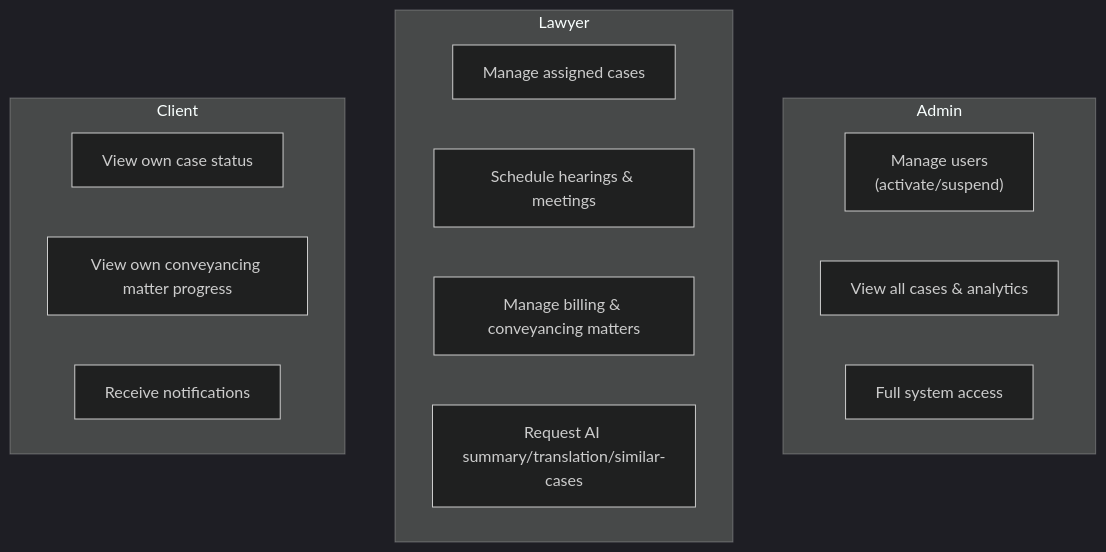
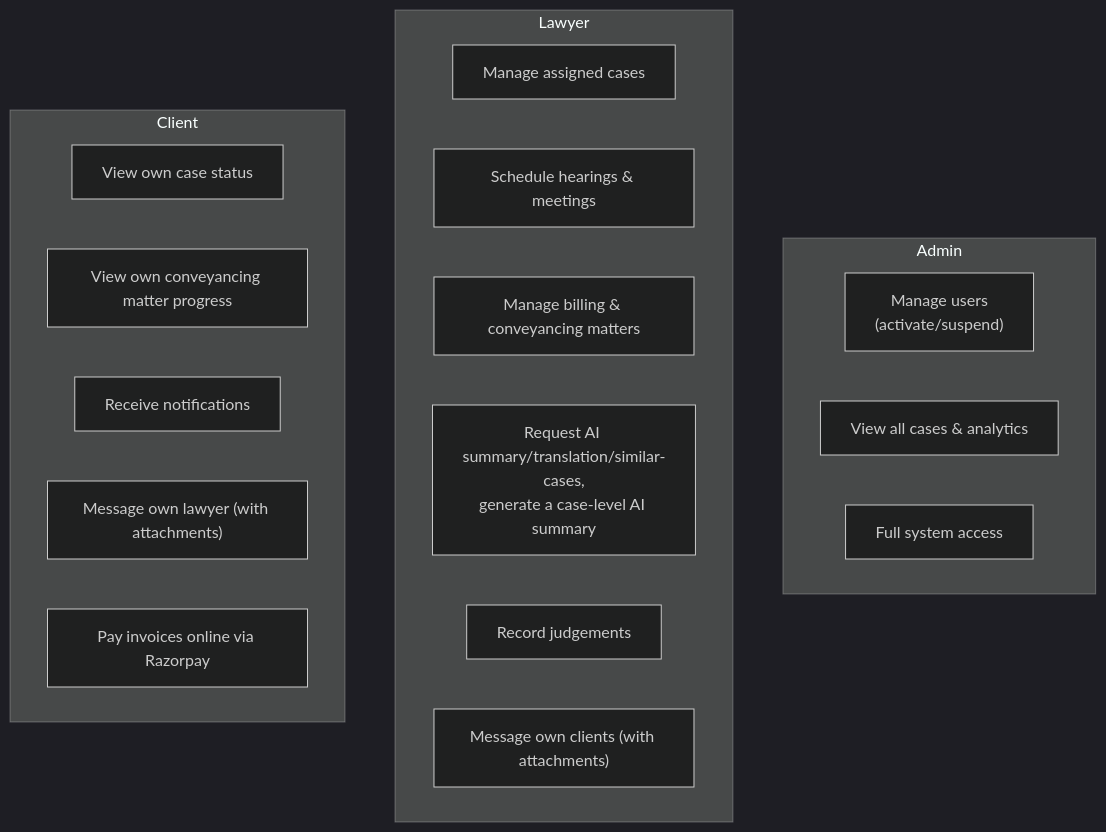
The third of 5 diagrams in docs/HLD.md (eyeofshreyas/BE-Project), drawn with Mermaid (dark theme) before and after one commit. The commit also changed other lines of this file and 3 other files, not shown here.

First line of the commit message:
docs: bring HLD/LLD/architecture docs up to date with messaging, Razorpay, case AI summary

````diff
--- a/docs/HLD.md
+++ b/docs/HLD.md
@@ -71,21 +81,25 @@
 ```mermaid
 graph TD
     subgraph AdminCap["Admin"]
         A1["Manage users\n(activate/suspend)"]
         A2["View all cases & analytics"]
         A3["Full system access"]
     end
 
     subgraph LawyerCap["Lawyer"]
         L1["Manage assigned cases"]
         L2["Schedule hearings & meetings"]
         L3["Manage billing & conveyancing matters"]
-        L4["Request AI summary/translation/similar-cases"]
+        L4["Request AI summary/translation/similar-cases,\ngenerate a case-level AI summary"]
+        L5["Record judgements"]
+        L6["Message own clients (with attachments)"]
     end
 
     subgraph ClientCap["Client"]
         C1["View own case status"]
         C2["View own conveyancing matter progress"]
         C3["Receive notifications"]
+        C4["Message own lawyer (with attachments)"]
+        C5["Pay invoices online via Razorpay"]
     end
 ```
````
